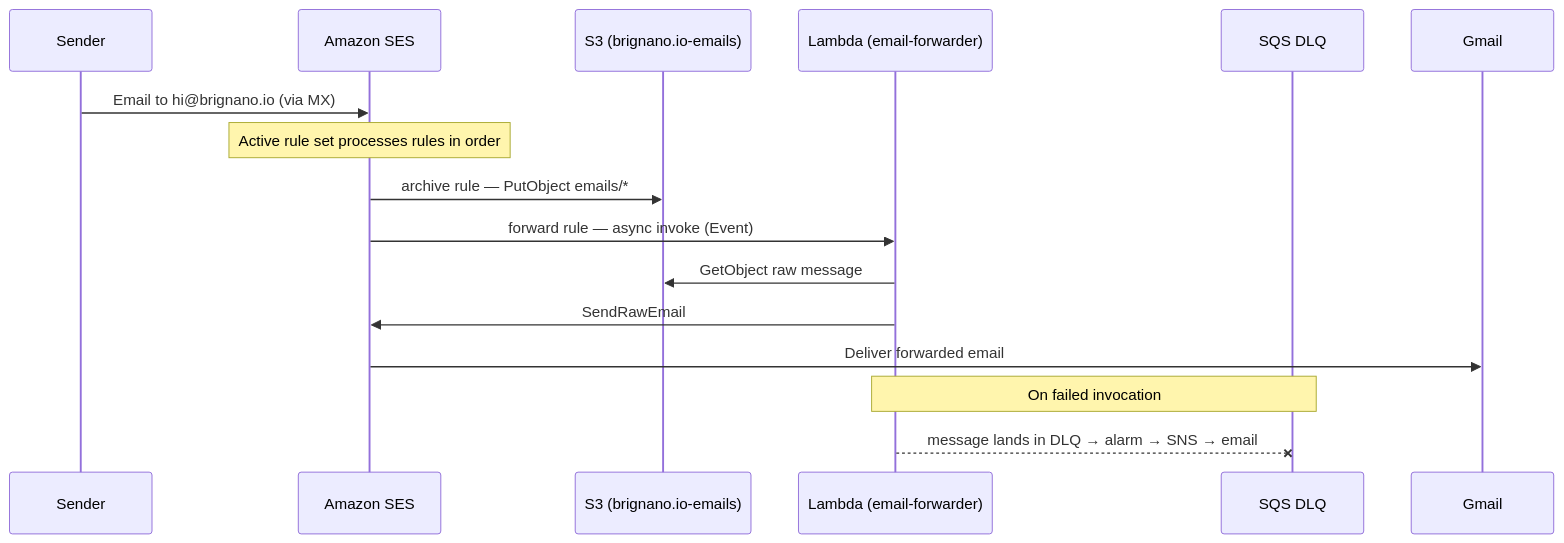
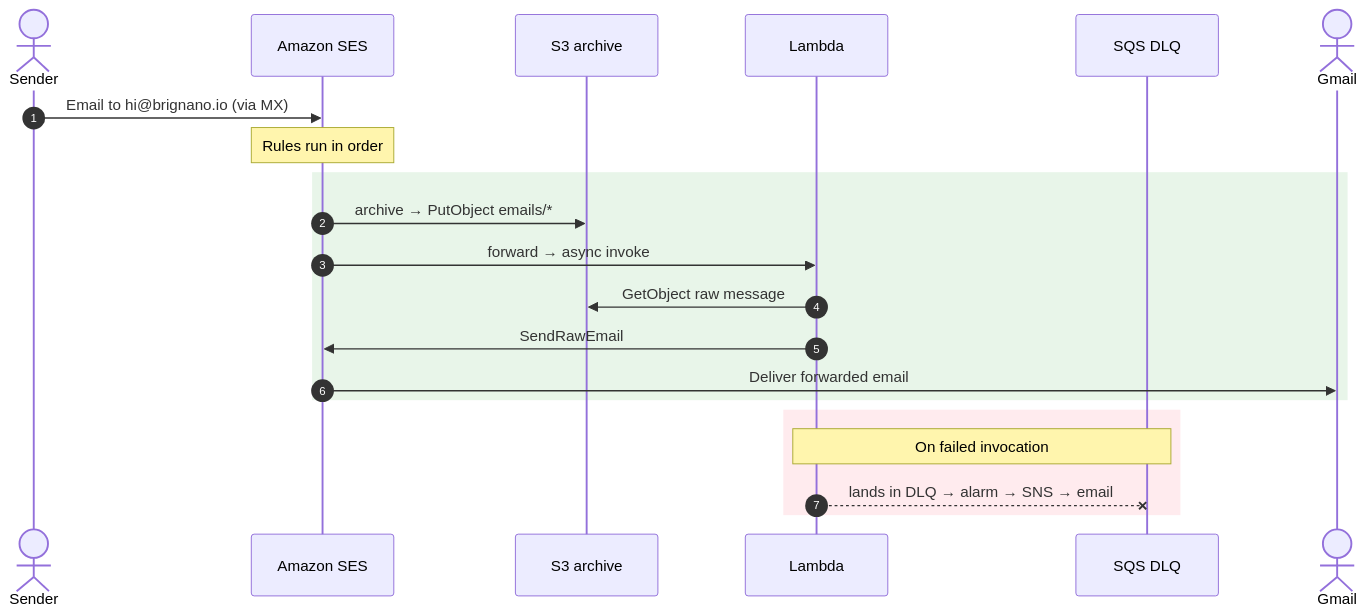
The second of 3 diagrams in docs/architecture.md (brignano/aws), drawn with Mermaid before and after one commit. The commit also changed other lines of this file, not shown here.

First line of the commit message:
docs: style architecture diagrams with AWS service colors

````diff
--- a/docs/architecture.md
+++ b/docs/architecture.md
@@ -70,19 +75,24 @@
 ```mermaid
 sequenceDiagram
-    participant S as Sender
+    autonumber
+    actor S as Sender
     participant SES as Amazon SES
-    participant S3 as S3 (brignano.io-emails)
-    participant L as Lambda (email-forwarder)
+    participant S3 as S3 archive
+    participant L as Lambda
     participant DLQ as SQS DLQ
-    participant G as Gmail
+    actor G as Gmail
 
     S->>SES: Email to hi@brignano.io (via MX)
-    Note over SES: Active rule set processes rules in order
-    SES->>S3: archive rule — PutObject emails/*
-    SES->>L: forward rule — async invoke (Event)
+    Note over SES: Rules run in order
+    rect rgb(232, 245, 233)
+    SES->>S3: archive → PutObject emails/*
+    SES->>L: forward → async invoke
     L->>S3: GetObject raw message
     L->>SES: SendRawEmail
     SES->>G: Deliver forwarded email
+    end
+    rect rgb(255, 235, 238)
     Note over L,DLQ: On failed invocation
-    L--xDLQ: message lands in DLQ → alarm → SNS → email
+    L--xDLQ: lands in DLQ → alarm → SNS → email
+    end
 ```
````
